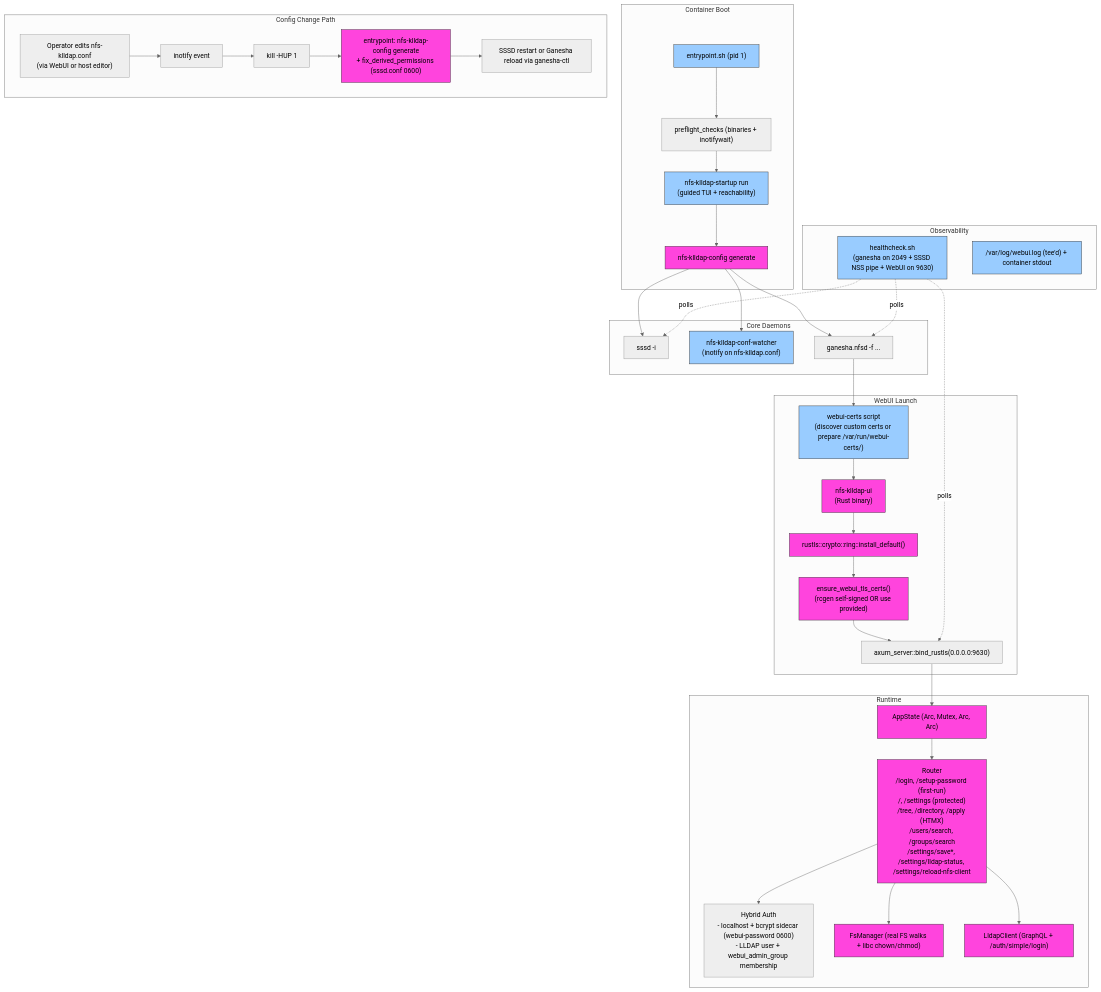
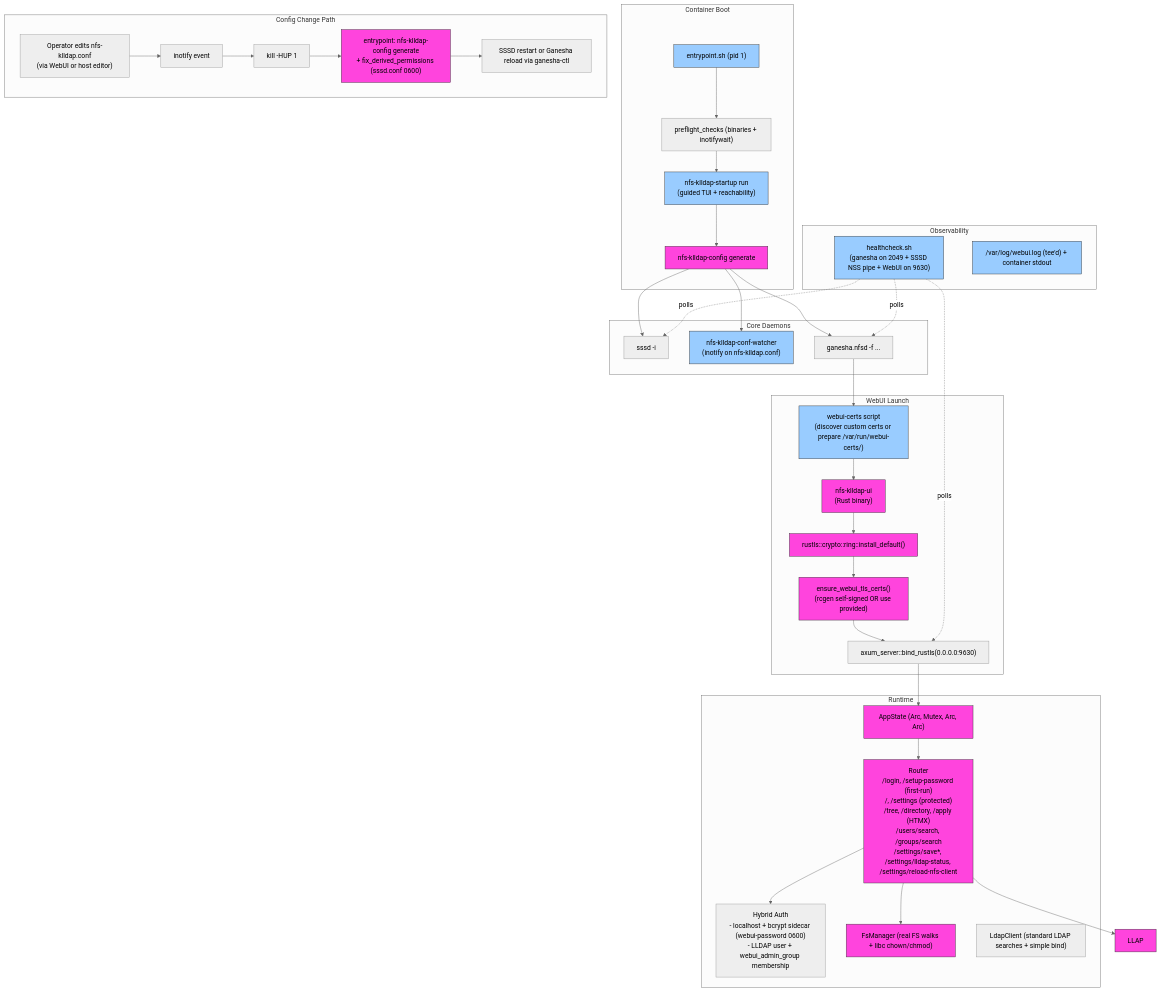
One commit to Aelieth/nfs-klldap-host changed the diagram in README.md. Above: the diagram before and after it, drawn with Mermaid (neutral theme). The commit also changed other lines of this file and 25 other files, not shown here.

Commit message:
refactor: graphql gutted to standardize on ldap across code base for simplicity

````diff
--- a/README.md
+++ b/README.md
@@ -171,66 +171,66 @@
 ```mermaid
 flowchart TB
     subgraph Container Boot
         EP["entrypoint.sh (pid 1)"]
         PRE["preflight_checks (binaries + inotifywait)"]
         START["nfs-klldap-startup run\n(guided TUI + reachability)"]
         GEN1["nfs-klldap-config generate"]
     end
 
     subgraph Core Daemons
         SSSD["sssd -i"]
         WATCH["nfs-klldap-conf-watcher\n(inotify on nfs-klldap.conf)"]
         GANESHA["ganesha.nfsd -f ..."]
     end
 
     subgraph WebUI Launch
         CERTS["webui-certs script\n(discover custom certs or prepare /var/run/webui-certs/)"]
         UI["nfs-klldap-ui\n(Rust binary)"]
         RUSTLS["rustls::crypto::ring::install_default()"]
         CERTENSURE["ensure_webui_tls_certs()\n(rcgen self-signed OR use provided)"]
         BIND["axum_server::bind_rustls(0.0.0.0:9630)"]
     end
 
     subgraph Runtime
         AUTH["Hybrid Auth\n- localhost + bcrypt sidecar (webui-password 0600)\n- LLDAP user + webui_admin_group membership"]
         ROUTER["Router\n/login, /setup-password (first-run)\n/, /settings (protected)\n/tree, /directory, /apply (HTMX)\n/users/search, /groups/search\n/settings/save*, /settings/lldap-status, /settings/reload-nfs-client"]
         FSM["FsManager (real FS walks + libc chown/chmod)"]
-        LLAP["LldapClient (GraphQL + /auth/simple/login)"]
-        STATE["AppState (Arc<FsManager>, Mutex<LldapClient>, Arc<Config>, Arc<AuthManager>)"]
+        LDAP["LdapClient (standard LDAP searches + simple bind)"]
+        STATE["AppState (Arc<FsManager>, Mutex<LdapClient>, Arc<Config>, Arc<AuthManager>)"]
     end
 
     subgraph Config Change Path
         EDIT["Operator edits nfs-klldap.conf\n(via WebUI or host editor)"]
         INO["inotify event"]
         SIGHUP["kill -HUP 1"]
         GEN2["entrypoint: nfs-klldap-config generate\n+ fix_derived_permissions (sssd.conf 0600)"]
         RELOAD["SSSD restart or Ganesha reload via ganesha-ctl"]
     end
 
     subgraph Observability
         HEALTH["healthcheck.sh\n(ganesha on 2049 + SSSD NSS pipe + WebUI on 9630)"]
         LOGS["/var/log/webui.log (tee'd) + container stdout"]
     end
 
     EP --> PRE --> START --> GEN1 --> SSSD
     GEN1 --> WATCH
     GEN1 --> GANESHA
     GANESHA --> CERTS --> UI
     UI --> RUSTLS --> CERTENSURE --> BIND
 
     BIND --> STATE
     STATE --> ROUTER
     ROUTER --> AUTH
     ROUTER --> FSM
     ROUTER --> LLAP
 
     EDIT --> INO --> SIGHUP --> GEN2 --> RELOAD
     HEALTH -. polls .-> GANESHA
     HEALTH -. polls .-> SSSD
     HEALTH -. polls .-> BIND
 
     classDef rust fill:#f4d,stroke:#333
     classDef shell fill:#9cf,stroke:#333
     class UI,FSM,LLAP,STATE,RUSTLS,CERTENSURE,ROUTER,GEN1,GEN2 rust
     class EP,CERTS,WATCH,START,SSHD,HEALTH,LOGS shell
 ```
````
